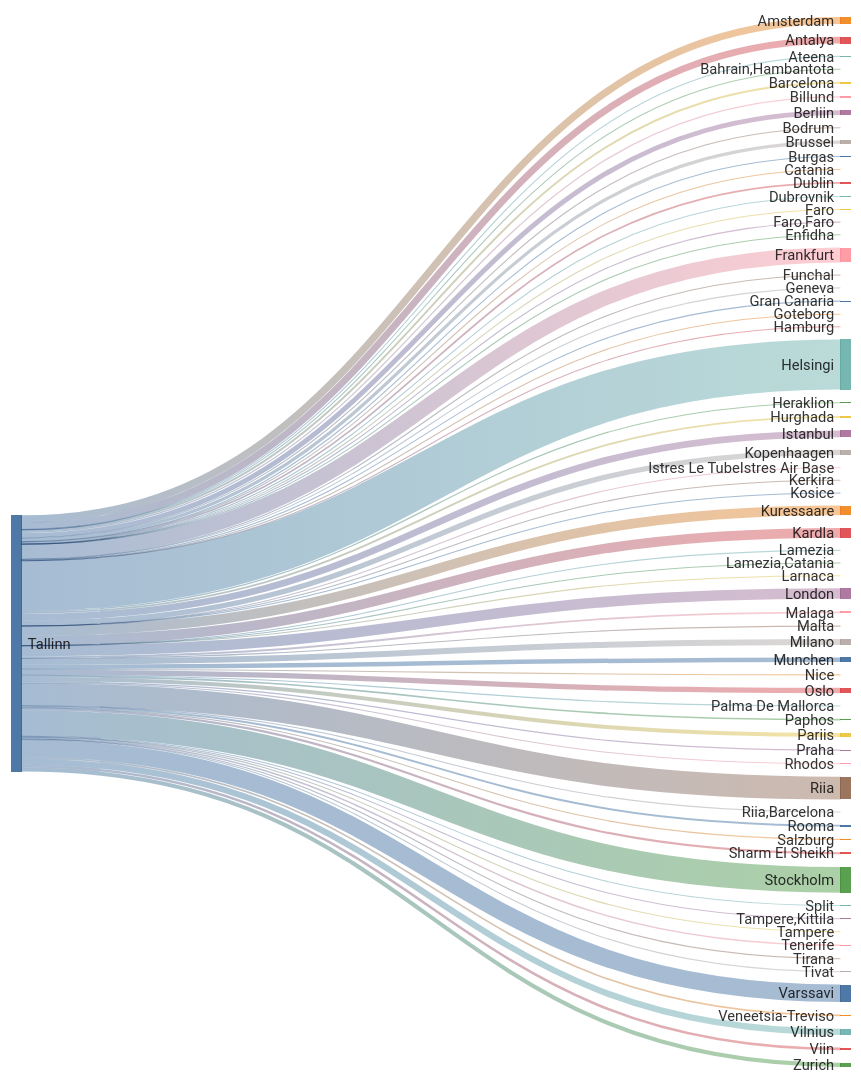
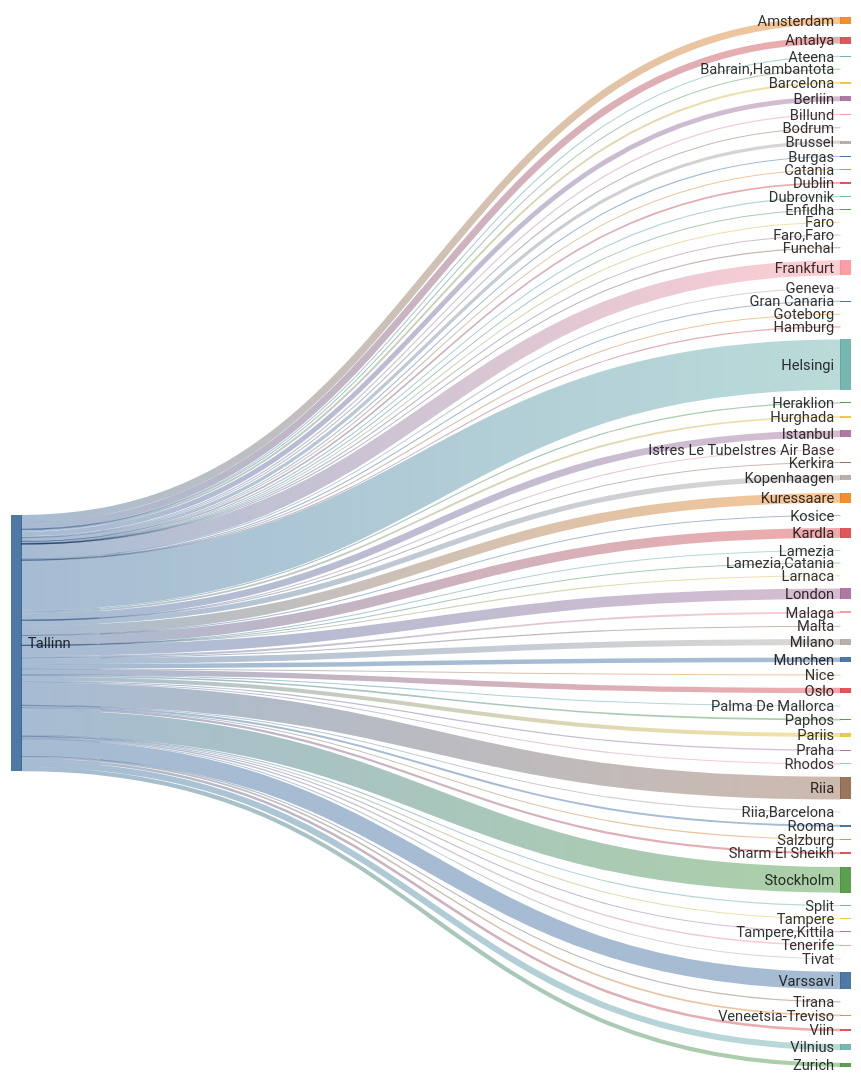
The second of 2 diagrams in README.md (rainermesi/tll-airport-departures), drawn with Mermaid before and after one commit. The commit also changed other lines of this file, not shown here.

````diff
--- a/README.md
+++ b/README.md
@@ -34,77 +34,77 @@
 ```mermaid
 ---
 config:
   sankey:
     showValues: false
     width: 800
     height: 1000
 ---
 sankey-beta
 %% source,target,value
-Tallinn,Amsterdam,296
-Tallinn,Antalya,283
+Tallinn,Amsterdam,298
+Tallinn,Antalya,285
 Tallinn,Ateena,16
 Tallinn,"Bahrain,Hambantota",1
-Tallinn,Barcelona,80
-Tallinn,Berliin,200
+Tallinn,Barcelona,81
+Tallinn,Berliin,202
 Tallinn,Billund,49
 Tallinn,Bodrum,11
-Tallinn,Brussel,133
+Tallinn,Brussel,134
 Tallinn,Burgas,21
 Tallinn,Catania,2
 Tallinn,Dublin,69
 Tallinn,Dubrovnik,21
 Tallinn,Enfidha,7
 Tallinn,Faro,4
 Tallinn,"Faro,Faro",1
-Tallinn,Frankfurt,613
+Tallinn,Frankfurt,616
 Tallinn,Funchal,5
 Tallinn,Geneva,13
 Tallinn,Gran Canaria,38
 Tallinn,Goteborg,1
 Tallinn,Hamburg,2
-Tallinn,Helsingi,2064
+Tallinn,Helsingi,2074
 Tallinn,Heraklion,47
 Tallinn,Hurghada,75
-Tallinn,Istanbul,279
+Tallinn,Istanbul,281
 Tallinn,Istres Le TubeIstres Air Base,2
 Tallinn,Kerkira,4
-Tallinn,Kopenhaagen,217
+Tallinn,Kopenhaagen,220
 Tallinn,Kosice,1
-Tallinn,Kuressaare,402
-Tallinn,Kardla,402
+Tallinn,Kuressaare,404
+Tallinn,Kardla,404
 Tallinn,Lamezia,1
 Tallinn,"Lamezia,Catania",3
 Tallinn,Larnaca,4
-Tallinn,London,432
+Tallinn,London,433
 Tallinn,Malaga,79
 Tallinn,Malta,15
 Tallinn,Milano,246
-Tallinn,Munchen,185
+Tallinn,Munchen,187
 Tallinn,Nice,25
-Tallinn,Oslo,221
+Tallinn,Oslo,222
 Tallinn,Palma De Mallorca,19
 Tallinn,Paphos,66
-Tallinn,Pariis,164
+Tallinn,Pariis,166
 Tallinn,Praha,50
-Tallinn,Rhodos,32
-Tallinn,Riia,931
+Tallinn,Rhodos,33
+Tallinn,Riia,935
 Tallinn,"Riia,Barcelona",1
 Tallinn,Rooma,80
 Tallinn,Salzburg,14
 Tallinn,Sharm El Sheikh,91
 Tallinn,Split,25
-Tallinn,Stockholm,1057
+Tallinn,Stockholm,1062
 Tallinn,Tampere,17
 Tallinn,"Tampere,Kittila",21
 Tallinn,Tenerife,58
 Tallinn,Tirana,8
-Tallinn,Tivat,26
-Tallinn,Varssavi,715
+Tallinn,Tivat,27
+Tallinn,Varssavi,718
 Tallinn,Veneetsia-Treviso,67
 Tallinn,Viin,106
-Tallinn,Vilnius,254
-Tallinn,Zurich,170
+Tallinn,Vilnius,256
+Tallinn,Zurich,171
 
 
 ```
````
